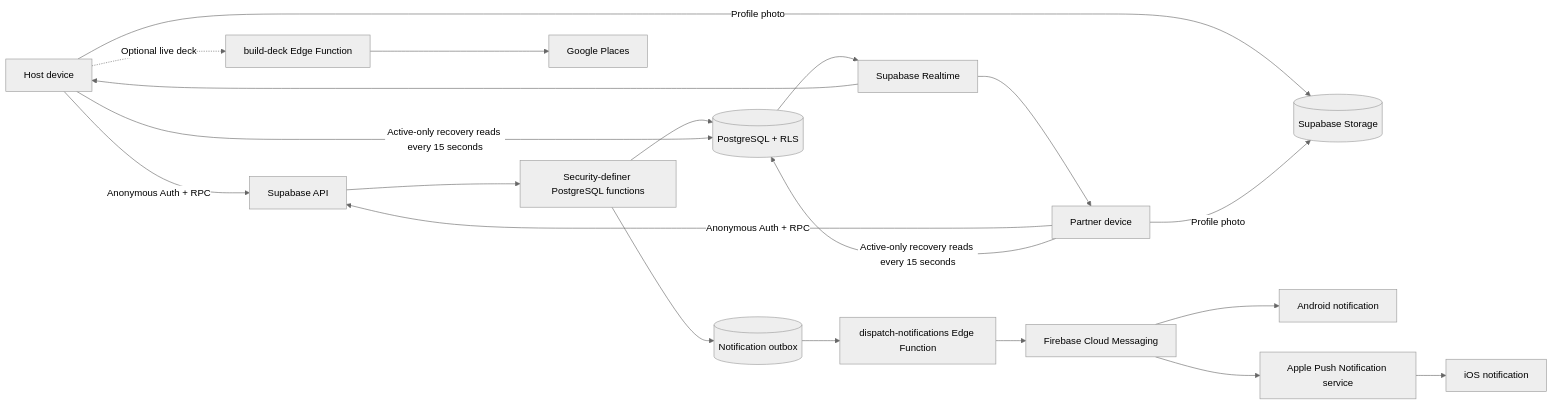
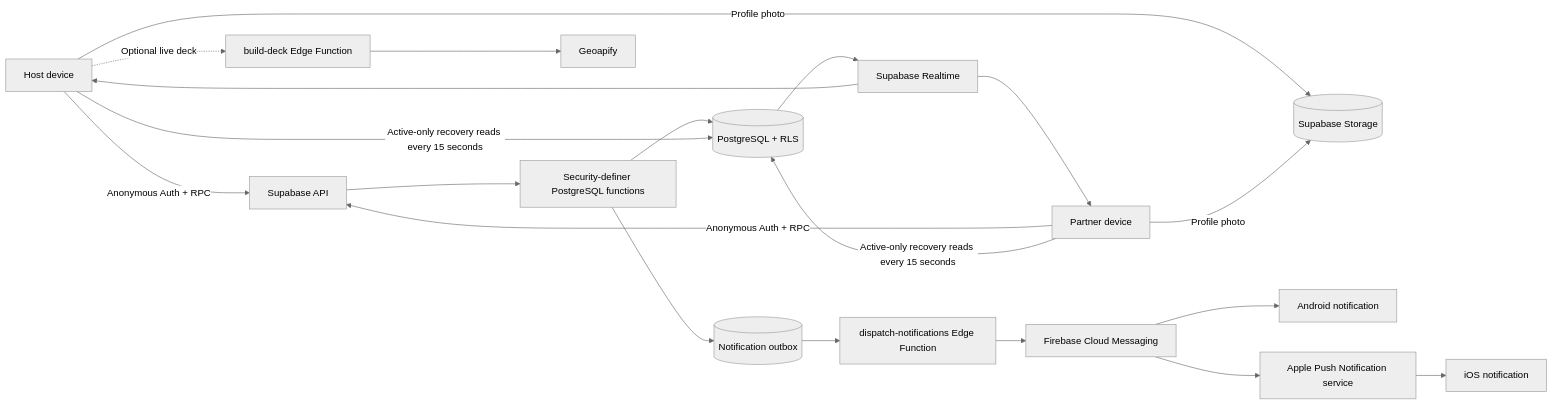
The first of 2 diagrams in README.md (pa-mi-su/choosr-platform), drawn with Mermaid (neutral theme) before and after one commit. The commit also changed other lines of this file and 1 other file, not shown here.

````diff
--- a/README.md
+++ b/README.md
@@ -99,22 +130,22 @@
 ```mermaid
 flowchart LR
     Host["Host device"] -->|"Anonymous Auth + RPC"| API["Supabase API"]
     Partner["Partner device"] -->|"Anonymous Auth + RPC"| API
     API --> RPC["Security-definer PostgreSQL functions"]
     RPC --> DB[("PostgreSQL + RLS")]
     DB --> RT["Supabase Realtime"]
     RT --> Host
     RT --> Partner
     Host -->|"Active-only recovery reads every 15 seconds"| DB
     Partner -->|"Active-only recovery reads every 15 seconds"| DB
     Host -.->|"Optional live deck"| Edge["build-deck Edge Function"]
-    Edge --> Places["Google Places"]
+    Edge --> Places["Geoapify"]
     Host -->|"Profile photo"| Storage[("Supabase Storage")]
     Partner -->|"Profile photo"| Storage
     RPC --> Outbox[("Notification outbox")]
     Outbox --> PushWorker["dispatch-notifications Edge Function"]
     PushWorker --> FCM["Firebase Cloud Messaging"]
     FCM --> Android["Android notification"]
     FCM --> APNs["Apple Push Notification service"]
     APNs --> iOS["iOS notification"]
 ```
````
